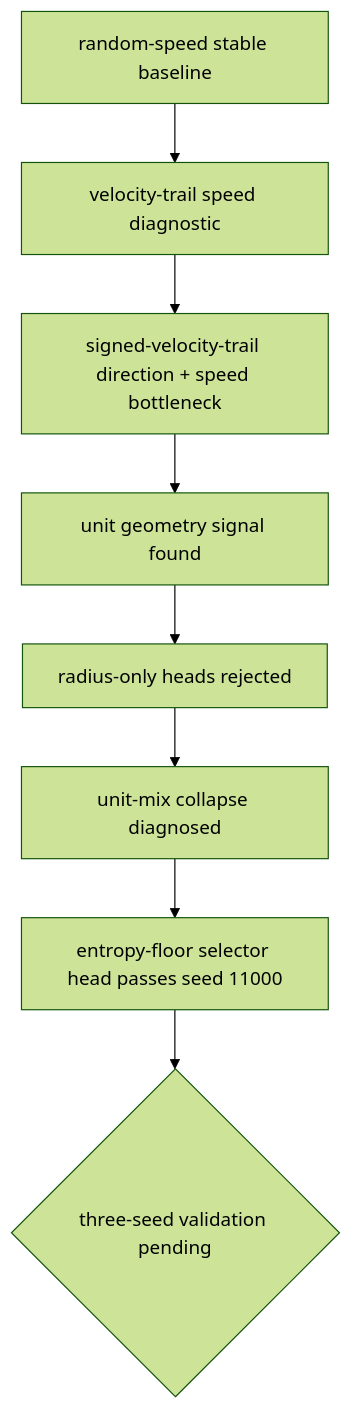
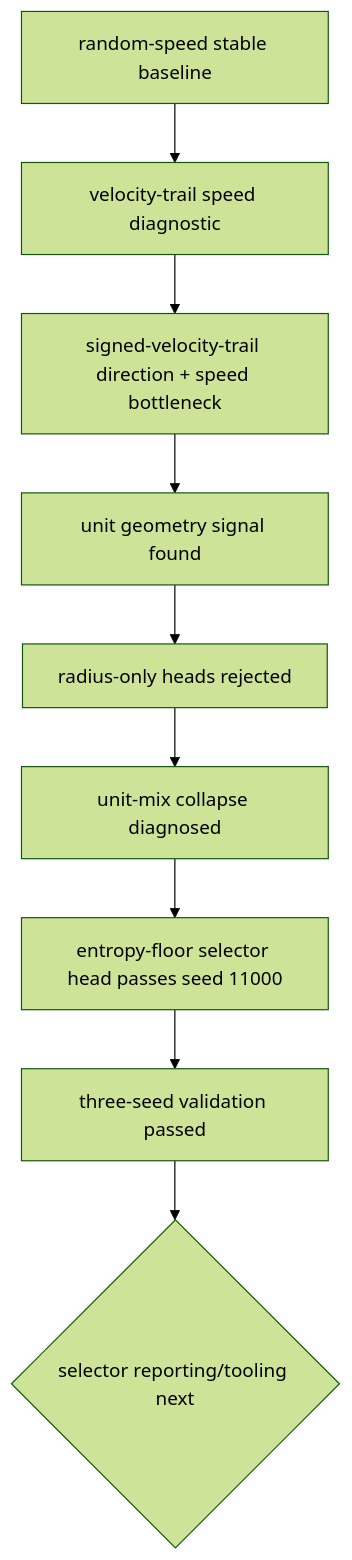
Before and after one commit to ChrisRPL/jepra: the second of 2 diagrams in README.md, drawn with Mermaid (forest theme). The commit also changed other lines of this file, not shown here.

Commit message:
docs: record selector three-seed validation

````diff
--- a/README.md
+++ b/README.md
@@ -32,10 +32,11 @@
 ```mermaid
 flowchart TD
   A[random-speed stable baseline] --> B[velocity-trail speed diagnostic]
   B --> C[signed-velocity-trail direction + speed bottleneck]
   C --> D[unit geometry signal found]
   D --> E[radius-only heads rejected]
   E --> F[unit-mix collapse diagnosed]
   F --> G[entropy-floor selector head passes seed 11000]
-  G --> H{three-seed validation pending}
+  G --> H[three-seed validation passed]
+  H --> I{selector reporting/tooling next}
 ```
````
